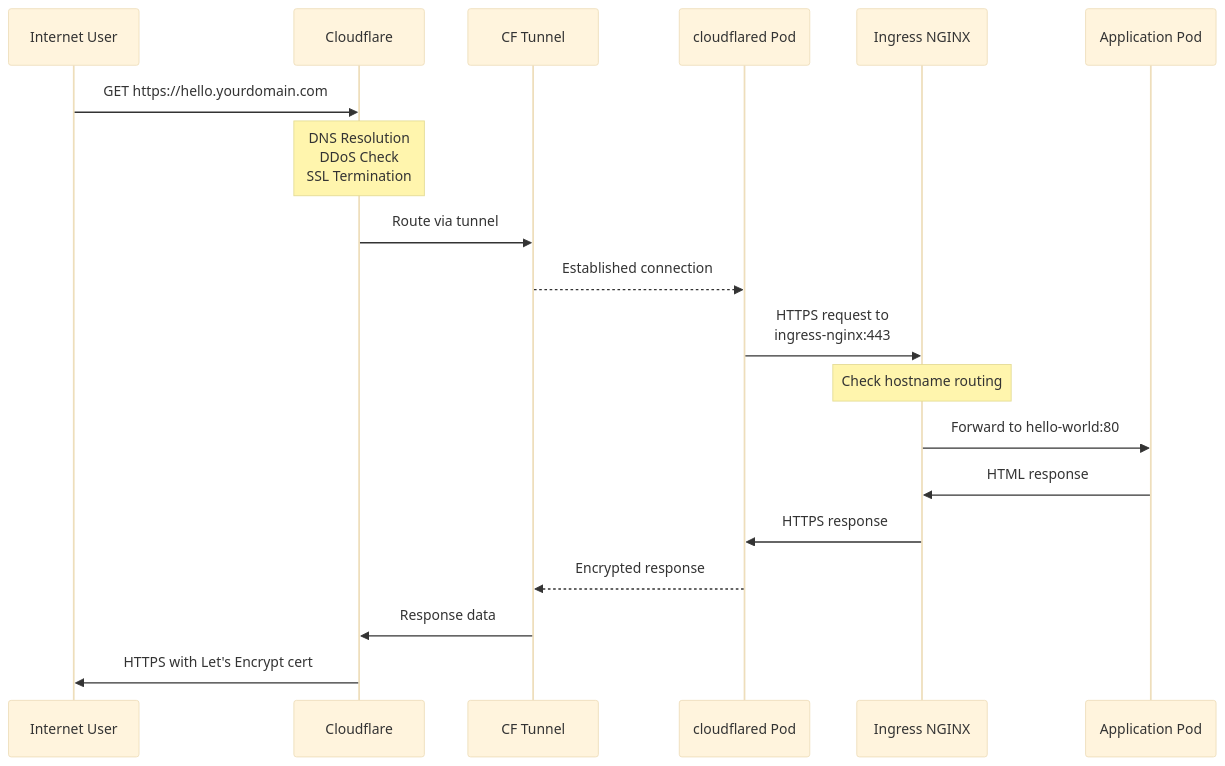
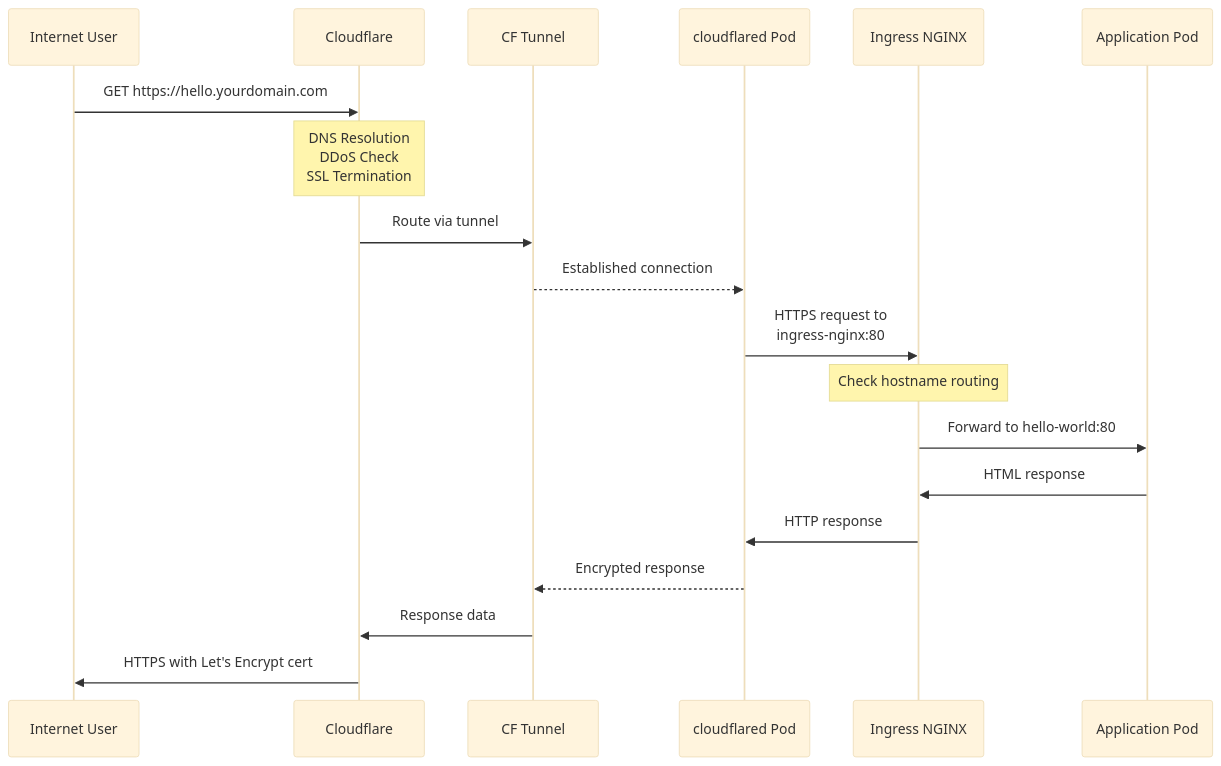
One commit to kennydukor/HomeLabSetup changed the second of 2 diagrams in README.md. Above: the diagram before and after it, drawn with Mermaid (base theme). The commit also changed other lines of this file, not shown here.

First line of the commit message:
Revise README for HTTP tunnel mode and Ingress updates

````diff
--- a/README.md
+++ b/README.md
@@ -451,22 +450,22 @@
 ```mermaid
 sequenceDiagram
     participant User as Internet User
     participant CF as Cloudflare
     participant Tunnel as CF Tunnel
     participant CFPod as cloudflared Pod
     participant Ingress as Ingress NGINX
     participant Pod as Application Pod
 
     User->>CF: GET https://hello.yourdomain.com
     Note over CF: DNS Resolution<br/>DDoS Check<br/>SSL Termination
     CF->>Tunnel: Route via tunnel
     Tunnel-->>CFPod: Established connection
-    CFPod->>Ingress: HTTPS request to<br/>ingress-nginx:443
+    CFPod->>Ingress: HTTPS request to<br/>ingress-nginx:80
     Note over Ingress: Check hostname routing
     Ingress->>Pod: Forward to hello-world:80
     Pod->>Ingress: HTML response
-    Ingress->>CFPod: HTTPS response
+    Ingress->>CFPod: HTTP response
     CFPod-->>Tunnel: Encrypted response
     Tunnel->>CF: Response data
     CF->>User: HTTPS with Let's Encrypt cert
 ```
````
